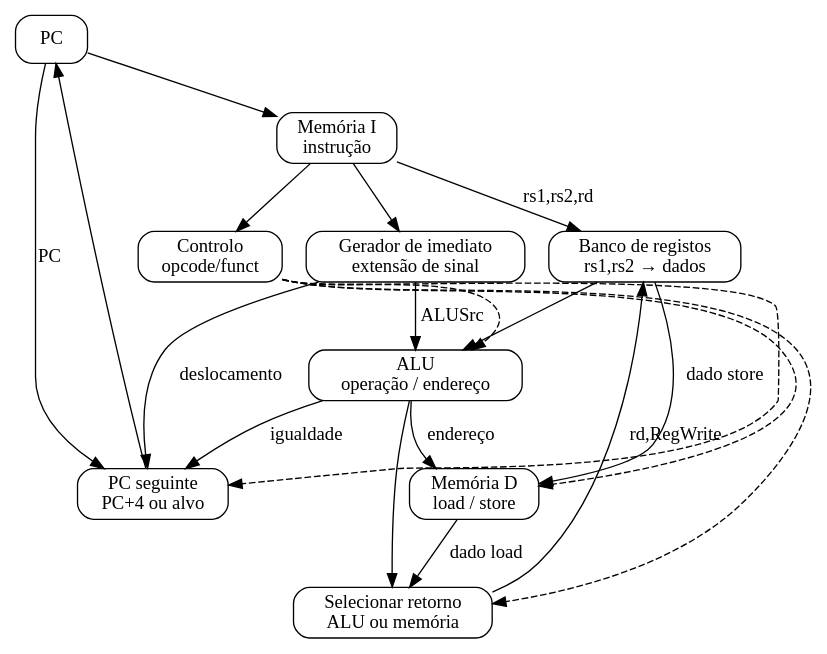
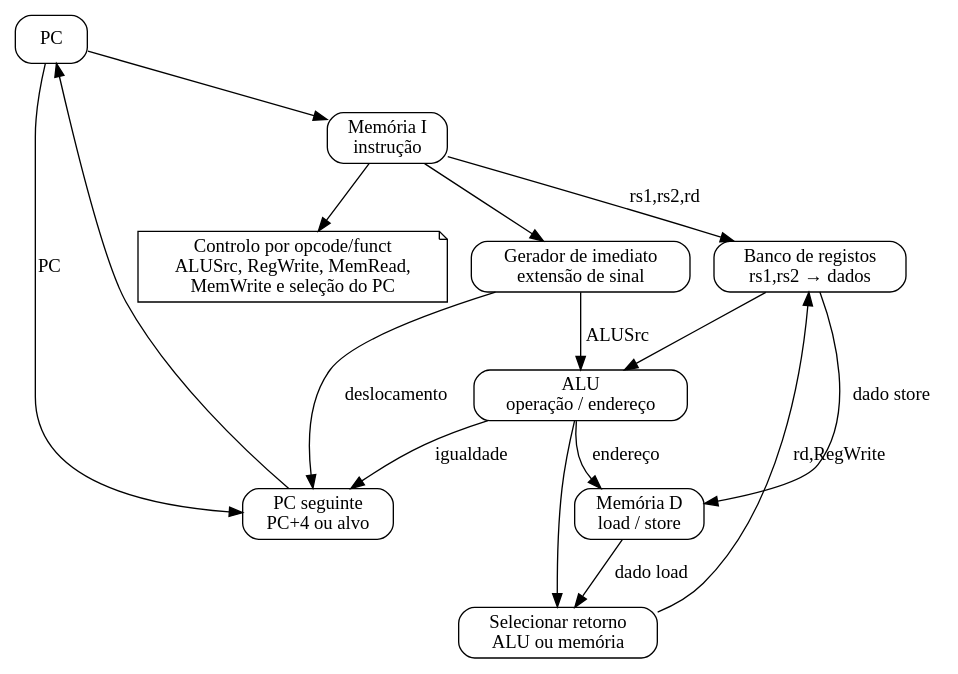
One commit to rodrgds/resumos changed the diagram in src/content/ac/datapath.dot. Above: the diagram before and after it, drawn with Graphviz. The commit also changed 4 other files, not shown here.

```diff
--- a/src/content/ac/datapath.dot
+++ b/src/content/ac/datapath.dot
@@ -1,26 +1,24 @@
 digraph Datapath {
   rankdir=TB;
   node [shape=box, style=rounded];
   { rank=same; regs; imm; ctrl; }
   { rank=same; mem; next; }
   pc [label="PC"];
   inst [label="Memória I\ninstrução"];
-  ctrl [label="Controlo\nopcode/funct"];
+  ctrl [label="Controlo por opcode/funct\nALUSrc, RegWrite, MemRead,\nMemWrite e seleção do PC", shape=note];
   regs [label="Banco de registos\nrs1,rs2 → dados"];
   imm [label="Gerador de imediato\nextensão de sinal"];
   alu [label="ALU\noperação / endereço"];
   mem [label="Memória D\nload / store"];
   mux [label="Selecionar retorno\nALU ou memória"];
   next [label="PC seguinte\nPC+4 ou alvo"];
   pc -> inst; inst -> regs [label="rs1,rs2,rd"];
   inst -> ctrl; inst -> imm;
   regs -> alu; imm -> alu [label="ALUSrc"];
   alu -> mem [label="endereço"]; regs -> mem [label="dado store"];
   alu -> mux; mem -> mux [label="dado load"];
   mux -> regs [label="rd,RegWrite", constraint=false];
   alu -> next [label="igualdade"]; pc -> next [label="PC"];
   imm -> next [label="deslocamento"];
   next -> pc [constraint=false];
-  ctrl -> alu [style=dashed, constraint=false]; ctrl -> mem [style=dashed, constraint=false];
-  ctrl -> mux [style=dashed, constraint=false]; ctrl -> next [style=dashed, constraint=false];
 }
```
